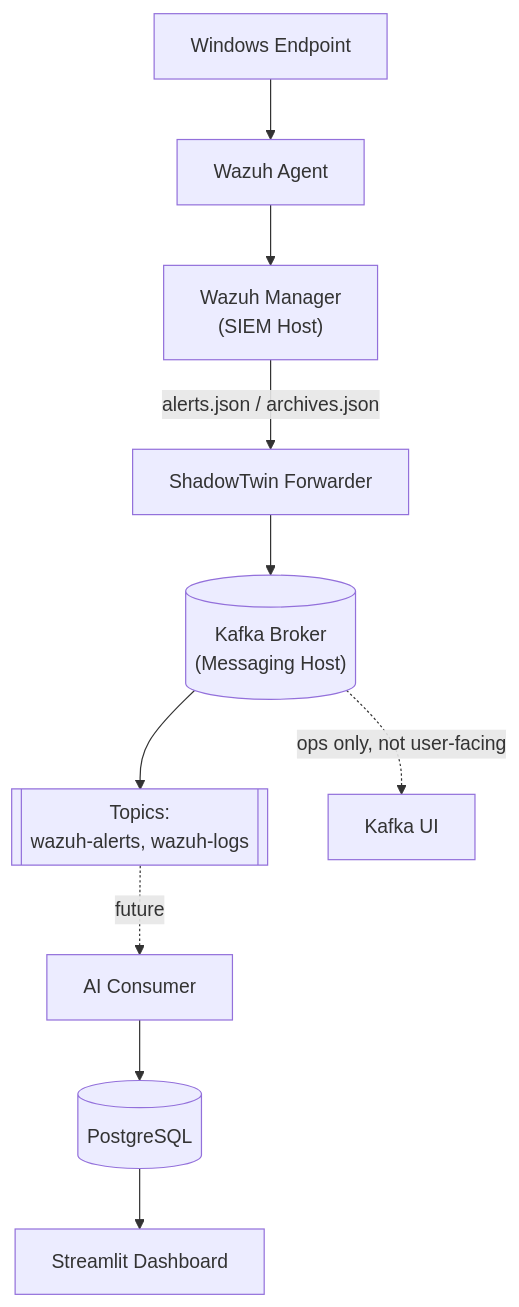
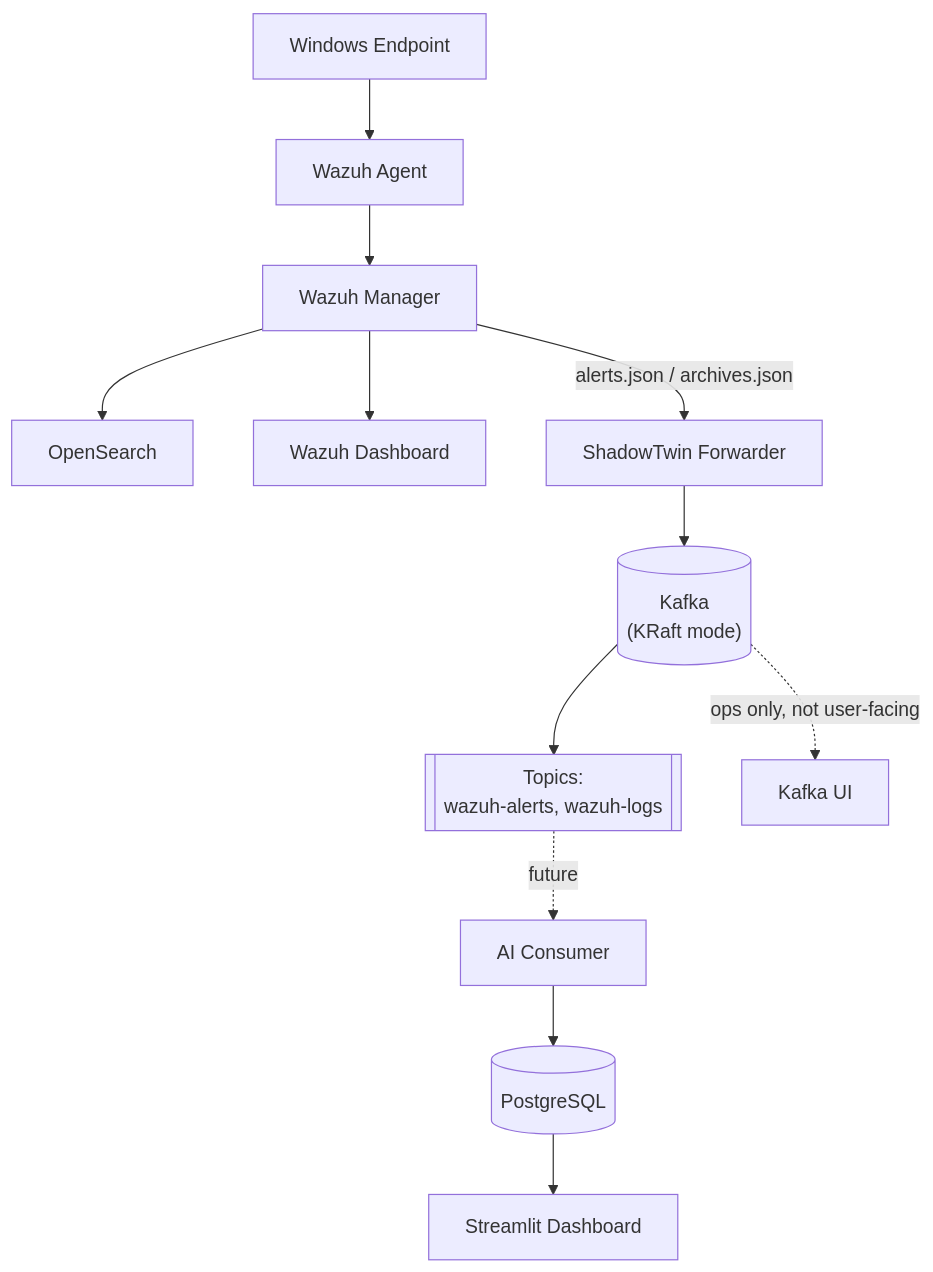
One commit to Aakhri-Pastaa/ShadowTwin changed the diagram in docs/TOPOLOGY.md. Above: the diagram before and after it, drawn with Mermaid. The commit also changed other lines of this file, not shown here.

Commit message:
docs: name real software/services in topology diagram, drop generic host labels

````diff
--- a/docs/TOPOLOGY.md
+++ b/docs/TOPOLOGY.md
@@ -10,12 +10,14 @@
 ```mermaid
 flowchart TD
     EP["Windows Endpoint"] --> AG["Wazuh Agent"]
-    AG --> MGR["Wazuh Manager\n(SIEM Host)"]
+    AG --> MGR["Wazuh Manager"]
+    MGR --> OS["OpenSearch"]
+    MGR --> WD["Wazuh Dashboard"]
     MGR -->|"alerts.json / archives.json"| FWD["ShadowTwin Forwarder"]
-    FWD --> BRK[("Kafka Broker\n(Messaging Host)")]
+    FWD --> BRK[("Kafka\n(KRaft mode)")]
     BRK --> TOP[["Topics:\nwazuh-alerts, wazuh-logs"]]
     TOP -.future.-> AI["AI Consumer"]
     AI --> DB[("PostgreSQL")]
     DB --> UI["Streamlit Dashboard"]
     BRK -.ops only, not user-facing.-> KUI["Kafka UI"]
 ```
````
